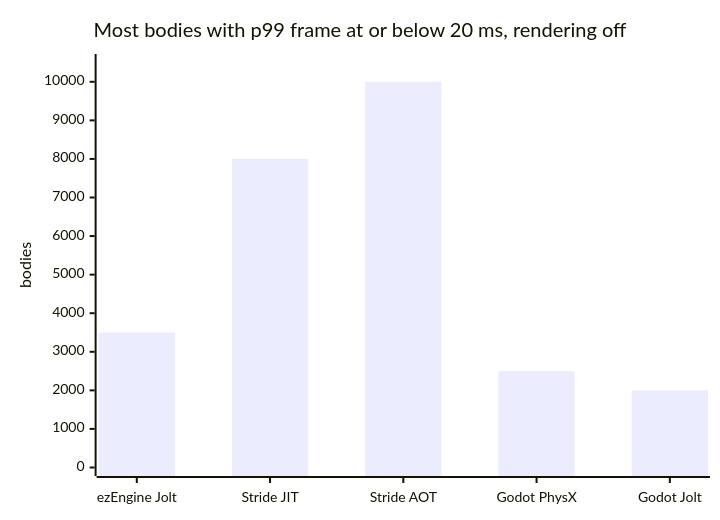
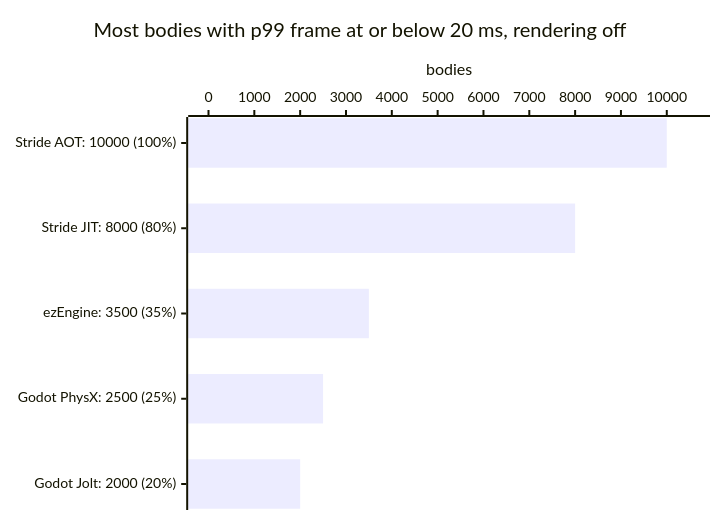
One commit to CreatoramaStudio/QuestMark changed the sixth of 6 diagrams in README.md. Above: the diagram before and after it, drawn with Mermaid. The commit also changed other lines of this file and 1 other file, not shown here.

Commit message:
Docs: body API A/B for Jolt and the PhysX fork (12.3), PhysX fork ranked 3a above Godot Jolt 3b, README quick start and sorted horizontal charts with percent of best

````diff
--- a/README.md
+++ b/README.md
@@ -78,7 +97,7 @@
 ```mermaid
-xychart-beta
+xychart-beta horizontal
     title "Most bodies with p99 frame at or below 20 ms, rendering off"
-    x-axis ["ezEngine Jolt", "Stride JIT", "Stride AOT", "Godot PhysX", "Godot Jolt"]
+    x-axis ["Stride AOT: 10000 (100%)", "Stride JIT: 8000 (80%)", "ezEngine: 3500 (35%)", "Godot PhysX: 2500 (25%)", "Godot Jolt: 2000 (20%)"]
     y-axis "bodies" 0 --> 10500
-    bar [3500, 8000, 10000, 2500, 2000]
+    bar [10000, 8000, 3500, 2500, 2000]
 ```
````
